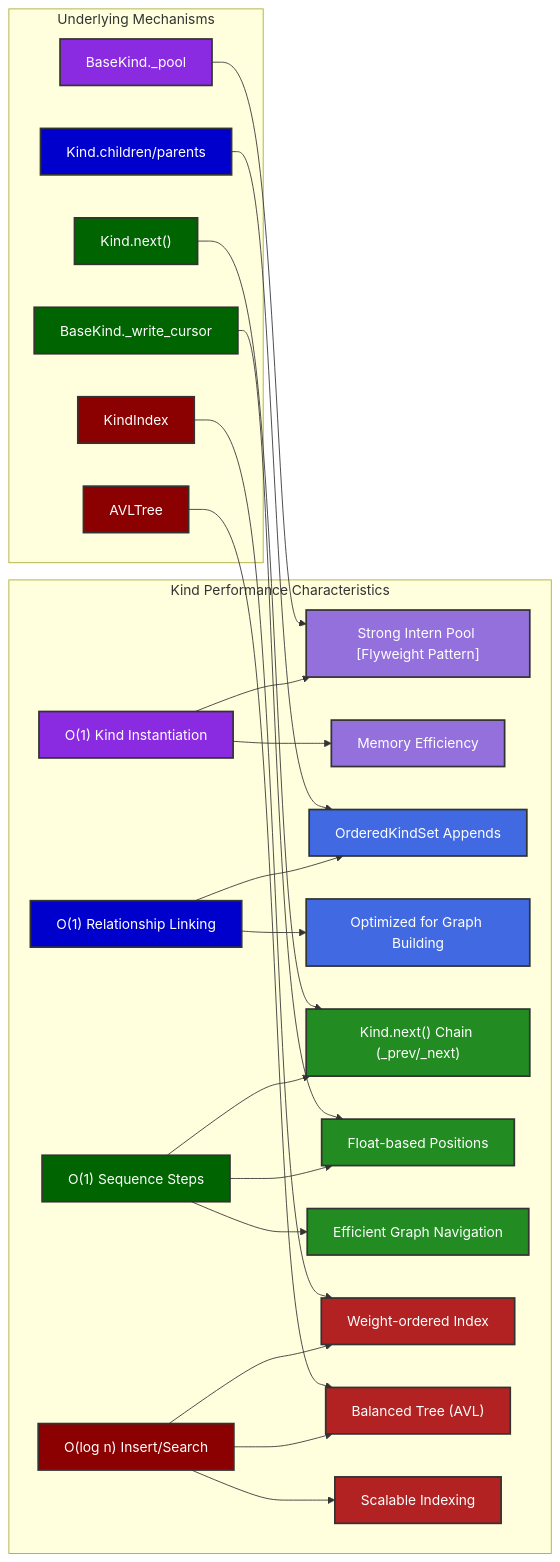
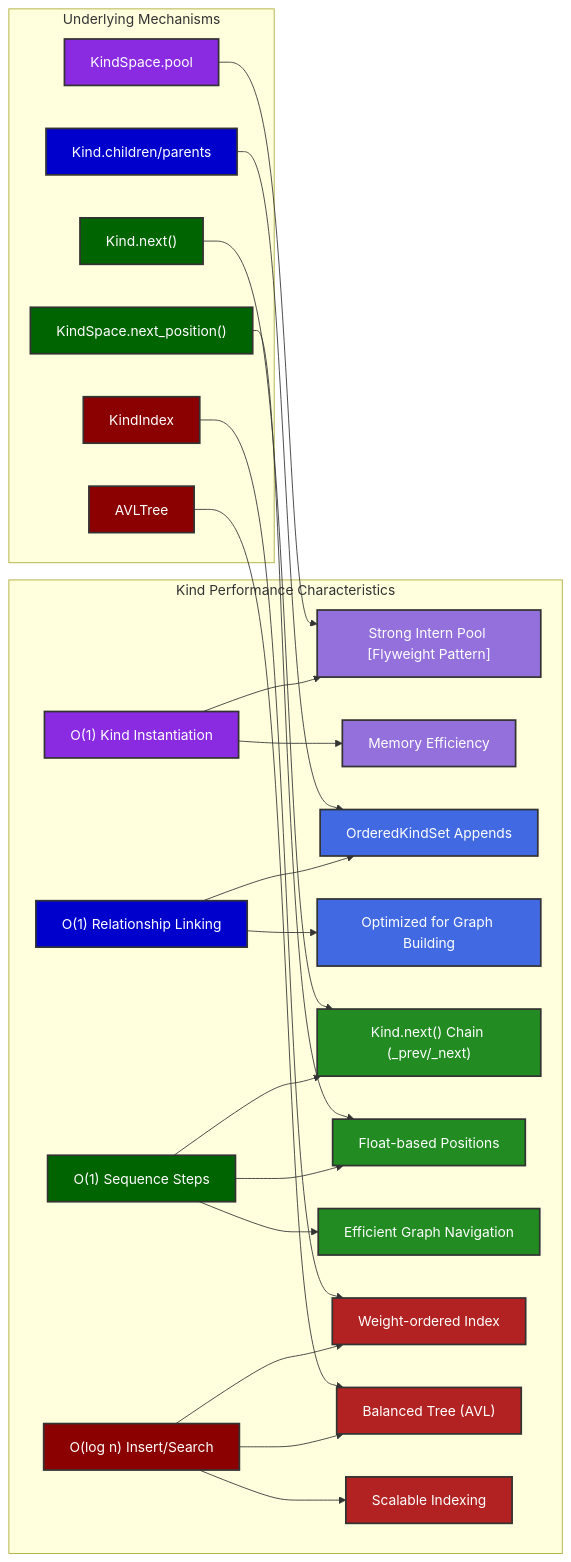
Before and after one commit to ikko/kind: the diagram in docs/topics/9_performance/performance_overview.mmd, drawn with Mermaid. The commit also changed 78 other files, not shown here.

First line of the commit message:
v0.2.0: KindSpace makes the global state explicit; time is opt-in; scheduling is its own package

```diff
--- a/docs/topics/9_performance/performance_overview.mmd
+++ b/docs/topics/9_performance/performance_overview.mmd
@@ -1,55 +1,55 @@
 graph LR
     subgraph "Kind Performance Characteristics"
         A["O(1) Kind Instantiation"] --> B["Strong Intern Pool [Flyweight Pattern]"];
         A --> C["Memory Efficiency"];
 
         D["O(1) Relationship Linking"] --> E["OrderedKindSet Appends"];
         D --> F["Optimized for Graph Building"];
 
         G["O(1) Sequence Steps"] --> H["Kind.next() Chain (_prev/_next)"];
         G --> I["Float-based Positions"];
         G --> J["Efficient Graph Navigation"];
 
         K["O(log n) Insert/Search"] --> L["Weight-ordered Index"];
         K --> M["Balanced Tree (AVL)"];
         K --> N["Scalable Indexing"];
     end
 
     subgraph "Underlying Mechanisms"
-        O["BaseKind._pool"] --> B;
+        O["KindSpace.pool"] --> B;
         P["Kind.children/parents"] --> E;
         Q["Kind.next()"] --> H;
-        R["BaseKind._write_cursor"] --> I;
+        R["KindSpace.next_position()"] --> I;
         S["KindIndex"] --> L;
         T["AVLTree"] --> M;
     end
 
     %% O(1) Kind Instantiation - Purple
     style A fill:#8A2BE2,stroke:#333,stroke-width:2px,color:#FFFFFF;
     style B fill:#9370DB,stroke:#333,stroke-width:2px,color:#FFFFFF;
     style C fill:#9370DB,stroke:#333,stroke-width:2px,color:#FFFFFF;
 
     %% O(1) Relationship Linking - Blue
     style D fill:#0000CD,stroke:#333,stroke-width:2px,color:#FFFFFF;
     style E fill:#4169E1,stroke:#333,stroke-width:2px,color:#FFFFFF;
     style F fill:#4169E1,stroke:#333,stroke-width:2px,color:#FFFFFF;
 
     %% O(1) Traversal with Cache - Green
     style G fill:#006400,stroke:#333,stroke-width:2px,color:#FFFFFF;
     style H fill:#228B22,stroke:#333,stroke-width:2px,color:#FFFFFF;
     style I fill:#228B22,stroke:#333,stroke-width:2px,color:#FFFFFF;
     style J fill:#228B22,stroke:#333,stroke-width:2px,color:#FFFFFF;
 
     %% O(log n) Insert/Search - Red
     style K fill:#8B0000,stroke:#333,stroke-width:2px,color:#FFFFFF;
     style L fill:#B22222,stroke:#333,stroke-width:2px,color:#FFFFFF;
     style M fill:#B22222,stroke:#333,stroke-width:2px,color:#FFFFFF;
     style N fill:#B22222,stroke:#333,stroke-width:2px,color:#FFFFFF;
 
     %% Underlying Mechanisms - Match colors with their corresponding features
     style O fill:#8A2BE2,stroke:#333,stroke-width:2px,color:#FFFFFF;
     style P fill:#0000CD,stroke:#333,stroke-width:2px,color:#FFFFFF;
     style Q fill:#006400,stroke:#333,stroke-width:2px,color:#FFFFFF;
     style R fill:#006400,stroke:#333,stroke-width:2px,color:#FFFFFF;
     style S fill:#8B0000,stroke:#333,stroke-width:2px,color:#FFFFFF;
     style T fill:#8B0000,stroke:#333,stroke-width:2px,color:#FFFFFF;
```
